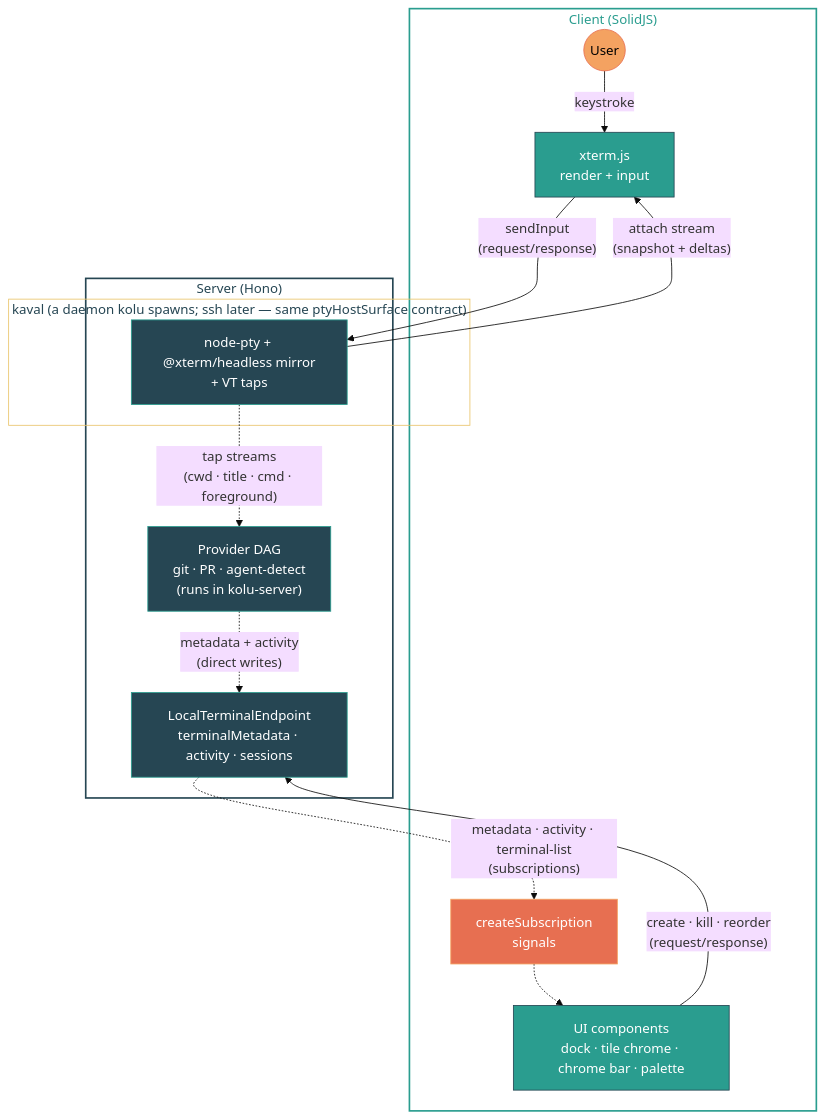
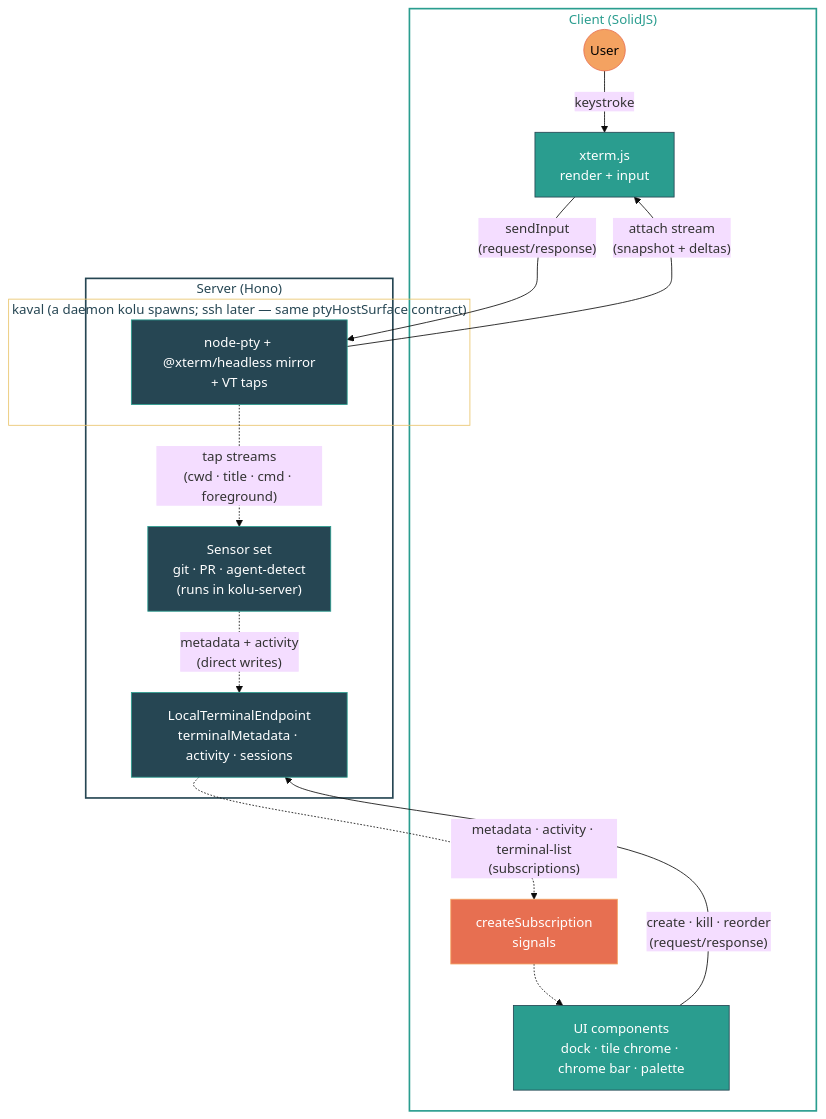
The diagram in README.md (ic4-y/kolu), drawn with Mermaid (base theme) before and after one commit. The commit also changed other lines of this file and 21 other files, not shown here.

````diff
--- a/README.md
+++ b/README.md
@@ -254,40 +255,40 @@
 ```mermaid
 flowchart TB
   subgraph Client["Client (SolidJS)"]
     User((User)):::user
     Xterm["xterm.js\nrender + input"]:::client
     Subs["createSubscription\nsignals"]:::cache
     UI["UI components\ndock · tile chrome · chrome bar · palette"]:::client
   end
 
   subgraph Server["Server (Hono)"]
     subgraph PtyHost["kaval (a daemon kolu spawns; ssh later — same ptyHostSurface contract)"]
       Host["node-pty + @xterm/headless mirror\n+ VT taps"]:::server
     end
-    Providers["Provider DAG\ngit · PR · agent-detect\n(runs in kolu-server)"]:::server
+    Sensors["Sensor set\ngit · PR · agent-detect\n(runs in kolu-server)"]:::server
     Backend["LocalTerminalEndpoint\nterminalMetadata · activity · sessions"]:::server
   end
 
   %% Terminal I/O loop (through the ptyHostSurface contract)
   User -->|"keystroke"| Xterm
   Xterm -->|"sendInput\n(request/response)"| Host
   Host -->|"attach stream\n(snapshot + deltas)"| Xterm
 
   %% Metadata loop
-  Host -.->|"tap streams\n(cwd · title · cmd · foreground)"| Providers
-  Providers -.->|"metadata + activity\n(direct writes)"| Backend
+  Host -.->|"tap streams\n(cwd · title · cmd · foreground)"| Sensors
+  Sensors -.->|"metadata + activity\n(direct writes)"| Backend
   Backend -.->|"metadata · activity · terminal-list\n(subscriptions)"| Subs
   Subs -.-> UI
 
   %% User actions
   UI -->|"create · kill · reorder\n(request/response)"| Backend
 
   classDef user fill:#f4a261,stroke:#e76f51,color:#000
   classDef client fill:#2a9d8f,stroke:#264653,color:#fff
   classDef cache fill:#e76f51,stroke:#f4a261,color:#fff
   classDef server fill:#264653,stroke:#2a9d8f,color:#fff
 
   style Client fill:none,stroke:#2a9d8f,stroke-width:2px,color:#2a9d8f
   style Server fill:none,stroke:#264653,stroke-width:2px,color:#264653
   style PtyHost fill:none,stroke:#e9c46a,stroke-width:1px,color:#264653
 ```
````
